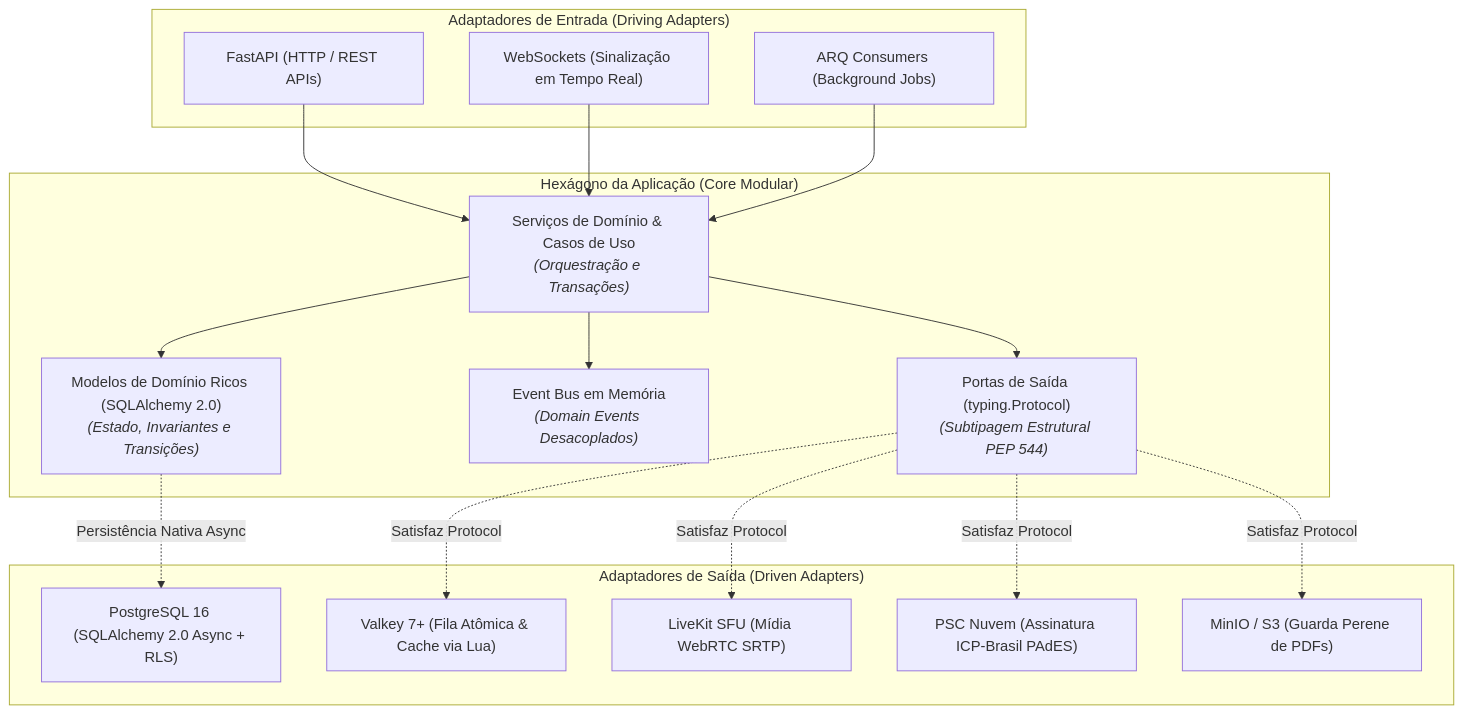
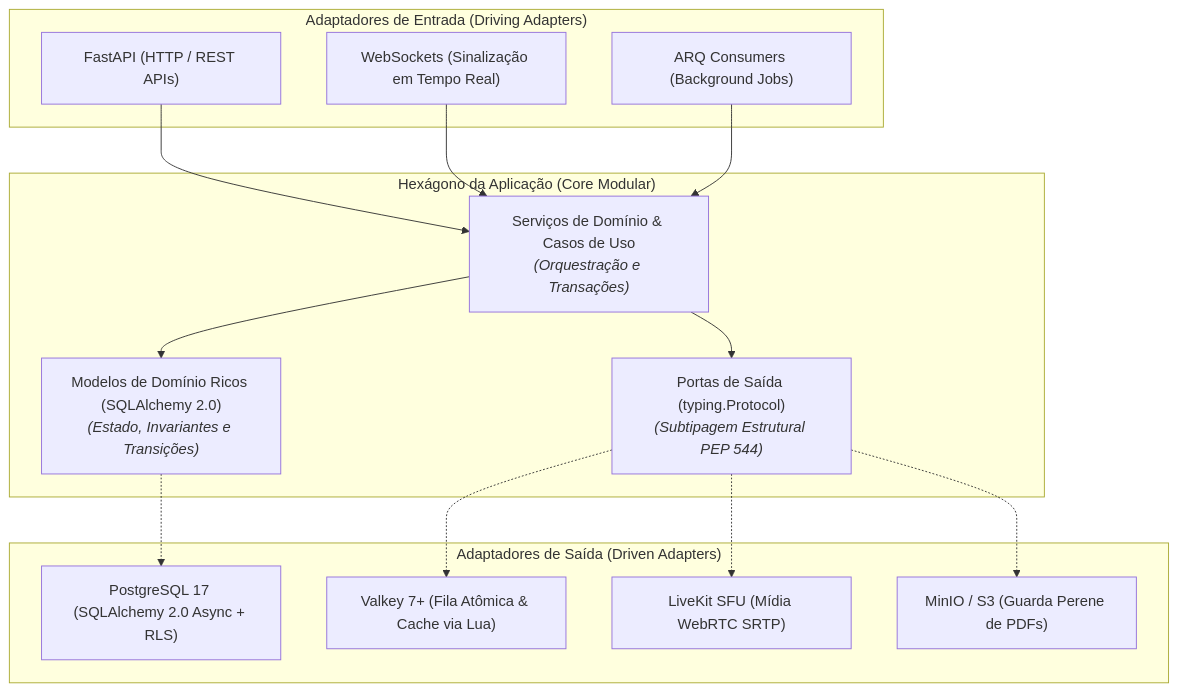
Before and after one commit to Rafaelp122/medisync: the first of 3 diagrams in docs/explanation/architecture/overview.md, drawn with Mermaid. The commit also changed other lines of this file and 68 other files, not shown here.

````diff
--- a/docs/explanation/architecture/overview.md
+++ b/docs/explanation/architecture/overview.md
@@ -24,37 +29,31 @@
 ```mermaid
 flowchart TD
     subgraph DrivingAdapters["Adaptadores de Entrada (Driving Adapters)"]
         HTTP["FastAPI (HTTP / REST APIs)"]
         WS["WebSockets (Sinalização em Tempo Real)"]
         Worker["ARQ Consumers (Background Jobs)"]
     end
 
     subgraph Hexagon["Hexágono da Aplicação (Core Modular)"]
         Services["Serviços de Domínio & Casos de Uso<br/><i>(Orquestração e Transações)</i>"]
         RichModels["Modelos de Domínio Ricos (SQLAlchemy 2.0)<br/><i>(Estado, Invariantes e Transições)</i>"]
-        EventBus["Event Bus em Memória<br/><i>(Domain Events Desacoplados)</i>"]
         OutPorts["Portas de Saída (typing.Protocol)<br/><i>(Subtipagem Estrutural PEP 544)</i>"]
-
         Services --> RichModels
-        Services --> EventBus
         Services --> OutPorts
     end
 
     subgraph DrivenAdapters["Adaptadores de Saída (Driven Adapters)"]
-        Postgres["PostgreSQL 16 (SQLAlchemy 2.0 Async + RLS)"]
+        Postgres["PostgreSQL 17 (SQLAlchemy 2.0 Async + RLS)"]
         Valkey["Valkey 7+ (Fila Atômica & Cache via Lua)"]
         LiveKit["LiveKit SFU (Mídia WebRTC SRTP)"]
-        ICP["PSC Nuvem (Assinatura ICP-Brasil PAdES)"]
         S3["MinIO / S3 (Guarda Perene de PDFs)"]
     end
 
     HTTP --> Services
     WS --> Services
     Worker --> Services
-
-    RichModels -.->|Persistência Nativa Async| Postgres
-    OutPorts -.->|Satisfaz Protocol| Valkey
-    OutPorts -.->|Satisfaz Protocol| LiveKit
-    OutPorts -.->|Satisfaz Protocol| ICP
-    OutPorts -.->|Satisfaz Protocol| S3
+    RichModels -.-> Postgres
+    OutPorts -.-> Valkey
+    OutPorts -.-> LiveKit
+    OutPorts -.-> S3
 ```
````
